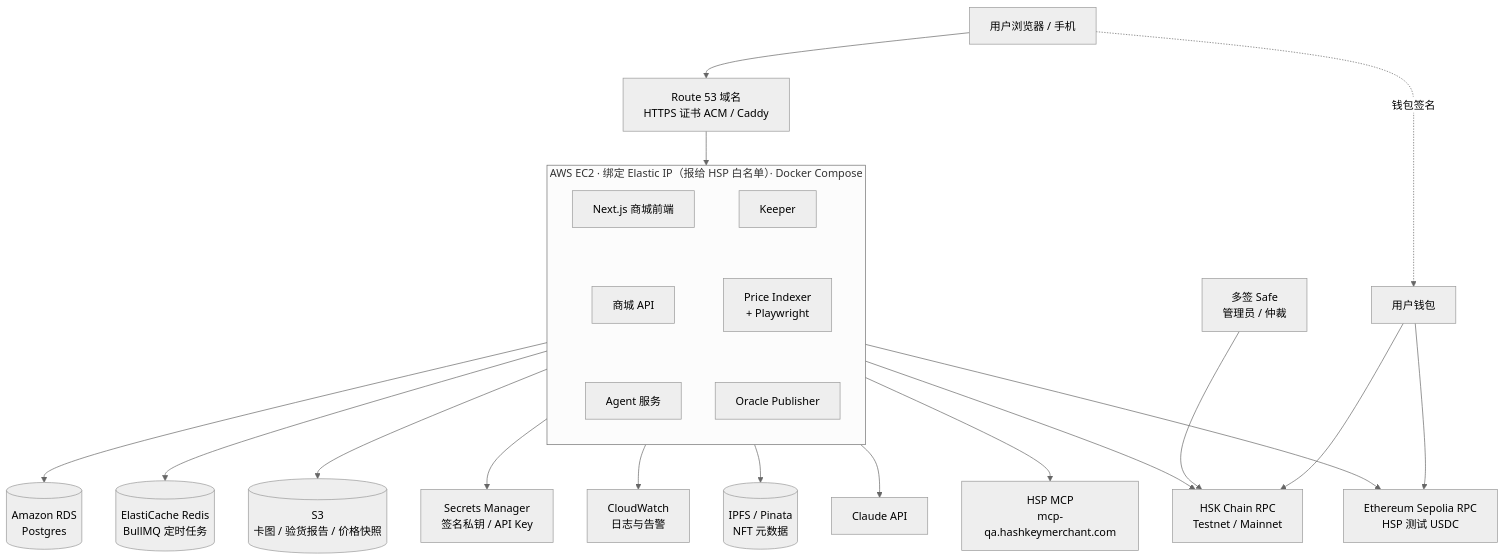
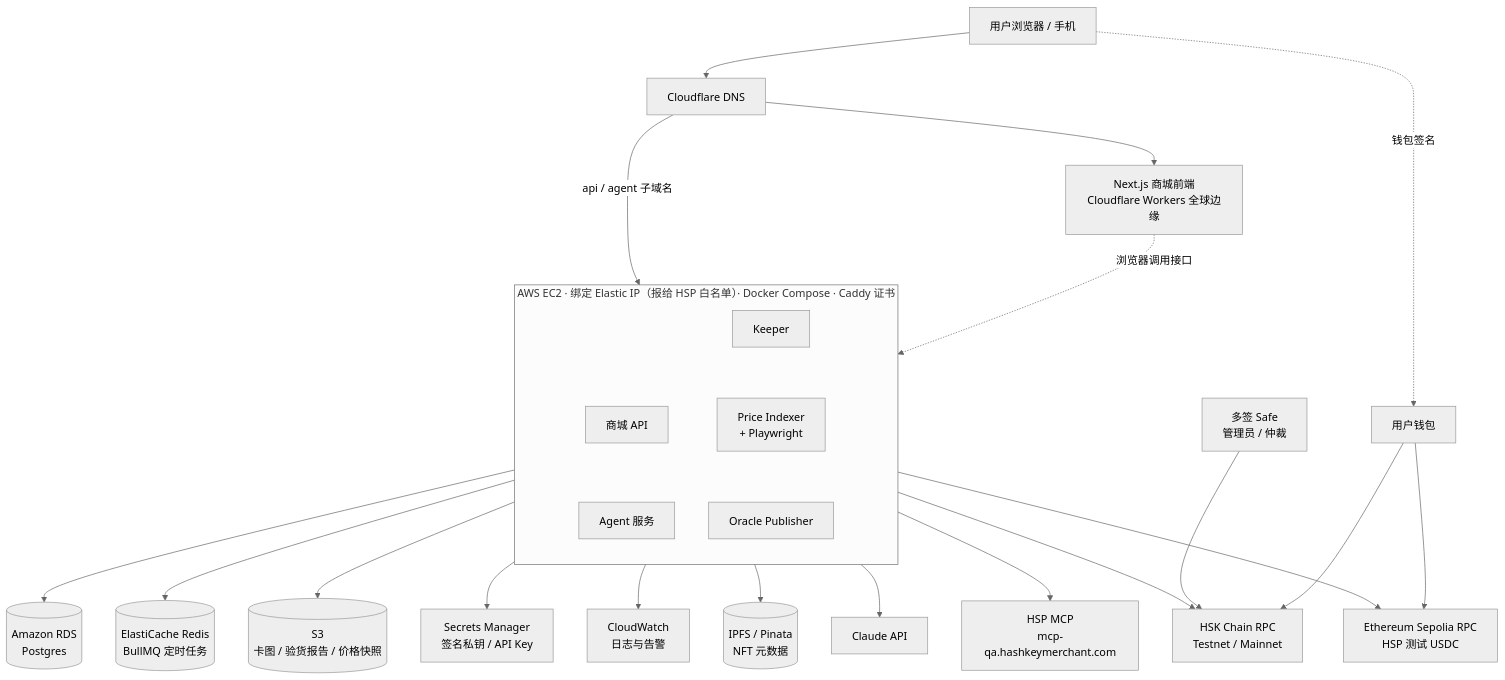
One commit to ninefish051/vaultchain changed the third of 10 diagrams in docs/技术方案.md. Above: the diagram before and after it, drawn with Mermaid (neutral theme). The commit also changed 15 other files, not shown here.

First line of the commit message:
Serve the frontend from Cloudflare Workers

````diff
--- a/docs/技术方案.md
+++ b/docs/技术方案.md
@@ -94,24 +94,26 @@
 ```mermaid
 flowchart TB
-  U[用户浏览器 / 手机] --> DNS[Route 53 域名<br/>HTTPS 证书 ACM / Caddy]
+  U[用户浏览器 / 手机] --> DNS[Cloudflare DNS]
   U -. 钱包签名 .-> W[用户钱包]
-  DNS --> WEBC
-  subgraph SRV[AWS EC2 · 绑定 Elastic IP（报给 HSP 白名单）· Docker Compose]
+  DNS --> WEBC[Next.js 商城前端<br/>Cloudflare Workers 全球边缘]
+  DNS -- api / agent 子域名 --> SRV
+  WEBC -. 浏览器调用接口 .-> API
+  subgraph SRV[AWS EC2 · 绑定 Elastic IP（报给 HSP 白名单）· Docker Compose · Caddy 证书]
     direction TB
-    WEBC[Next.js 商城前端] ~~~ API[商城 API] ~~~ AGT[Agent 服务]
+    API[商城 API] ~~~ AGT[Agent 服务]
     KPR[Keeper] ~~~ IDX[Price Indexer<br/>+ Playwright] ~~~ PUB[Oracle Publisher]
   end
   SRV --> PG[(Amazon RDS<br/>Postgres)]
   SRV --> RD[(ElastiCache Redis<br/>BullMQ 定时任务)]
   SRV --> S3[(S3<br/>卡图 / 验货报告 / 价格快照)]
   SRV --> SM[Secrets Manager<br/>签名私钥 / API Key]
   SRV --> CW[CloudWatch<br/>日志与告警]
   SRV --> IPFS[(IPFS / Pinata<br/>NFT 元数据)]
   SRV --> CL[Claude API]
   SRV --> HSPM[HSP MCP<br/>mcp-qa.hashkeymerchant.com]
   SRV --> R1[HSK Chain RPC<br/>Testnet / Mainnet]
   SRV --> R2[Ethereum Sepolia RPC<br/>HSP 测试 USDC]
   W --> R1
   W --> R2
   SAFE[多签 Safe<br/>管理员 / 仲裁] --> R1
 ```
````
